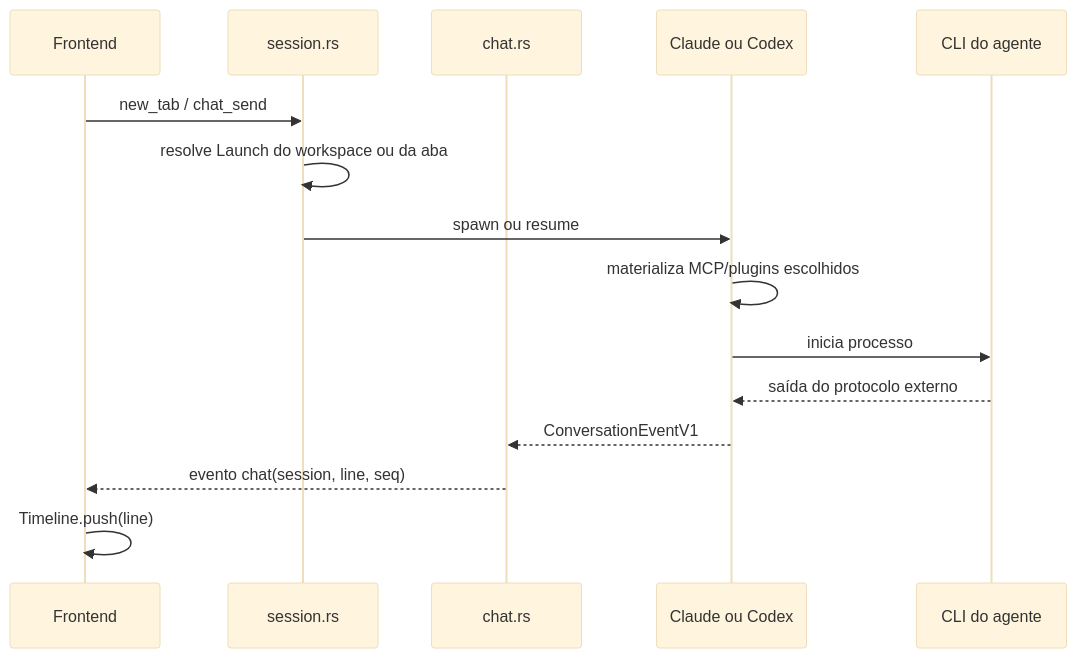
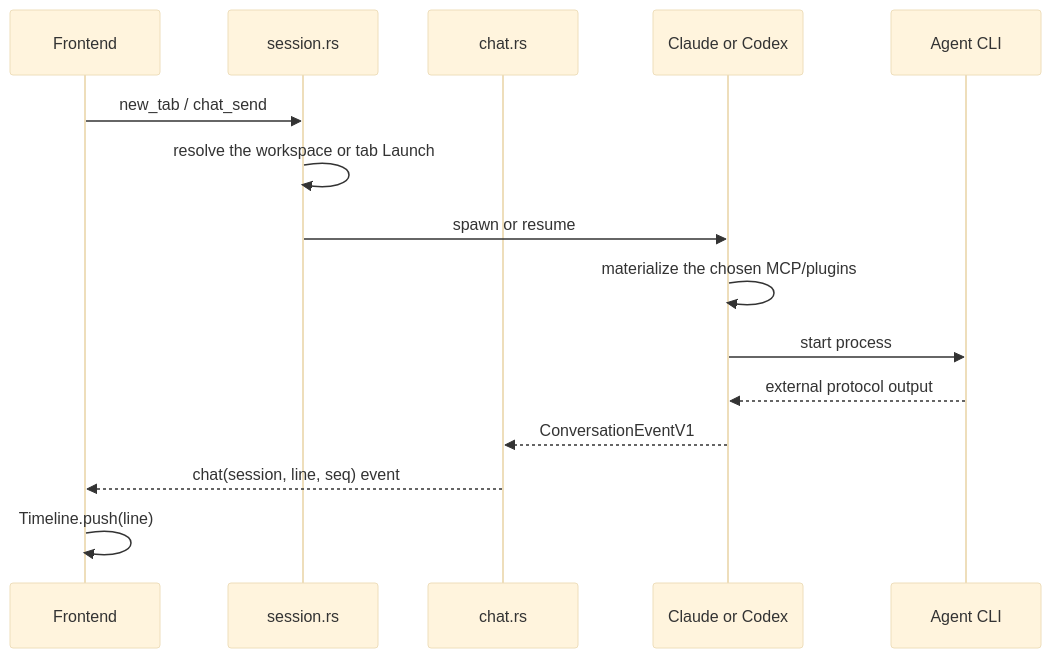
Before and after one commit to JabsRafael/prometeu: the diagram in docs/architecture/conversation-flow.md, drawn with Mermaid (base theme). The commit also changed other lines of this file and 64 other files, not shown here.

````diff
--- a/docs/architecture/conversation-flow.md
+++ b/docs/architecture/conversation-flow.md
@@ -13,18 +13,18 @@
 ```mermaid
 sequenceDiagram
     participant UI as Frontend
     participant Session as session.rs
     participant Chat as chat.rs
-    participant Adapter as Claude ou Codex
-    participant Agent as CLI do agente
+    participant Adapter as Claude or Codex
+    participant Agent as Agent CLI
 
     UI->>Session: new_tab / chat_send
-    Session->>Session: resolve Launch do workspace ou da aba
-    Session->>Adapter: spawn ou resume
-    Adapter->>Adapter: materializa MCP/plugins escolhidos
-    Adapter->>Agent: inicia processo
-    Agent-->>Adapter: saída do protocolo externo
+    Session->>Session: resolve the workspace or tab Launch
+    Session->>Adapter: spawn or resume
+    Adapter->>Adapter: materialize the chosen MCP/plugins
+    Adapter->>Agent: start process
+    Agent-->>Adapter: external protocol output
     Adapter-->>Chat: ConversationEventV1
-    Chat-->>UI: evento chat(session, line, seq)
+    Chat-->>UI: chat(session, line, seq) event
     UI->>UI: Timeline.push(line)
 ```
````
